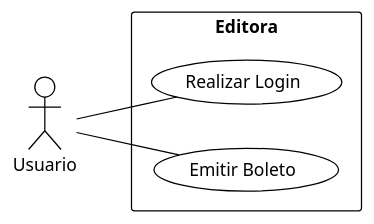
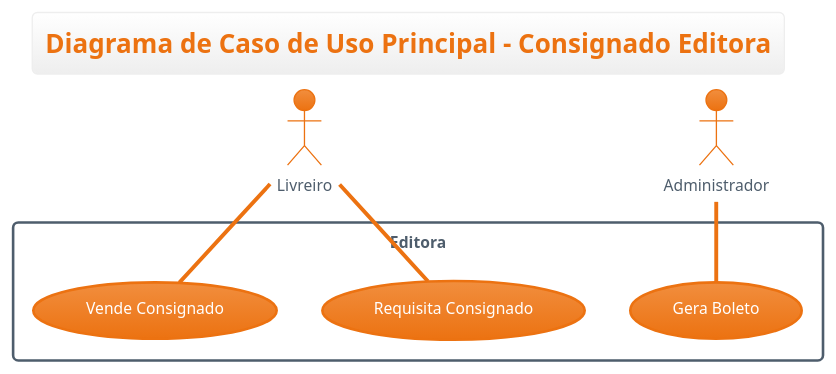
Before and after one commit to samoryfiotec/Editora: the diagram in docs/UseCase.puml, drawn with PlantUML. The commit also changed 6 other files, not shown here.

Commit message:
Diagrama de contexto e caso de uso prontos.

```diff
--- a/docs/UseCase.puml
+++ b/docs/UseCase.puml
@@ -1,17 +1,18 @@
-@startuml
-!theme plain
-left to right direction
+@startuml ConsignadoEditora
+Title: Diagrama de Caso de Uso Principal - Consignado Editora
+!theme aws-orange
+' left to right direction
 
-actor Usuario
-' actor Administrador
+actor Livreiro
+actor Administrador
 
 rectangle "Editora" {
-    Usuario -- (Realizar Login)
-    Usuario -- (Emitir Boleto)
+    Livreiro -- (Requisita Consignado)
+    Livreiro -- (Vende Consignado)
     ' Usuario -- (Atualizar Perfil)
-    ' Administrador -- (Gerenciar Usuários)
+    Administrador -- (Gera Boleto)
     ' Administrador -- (Visualizar Relatórios)
     ' (Gerenciar Usuários) .> (Realizar Login) : <<include>>
 }
 
 @enduml
```
